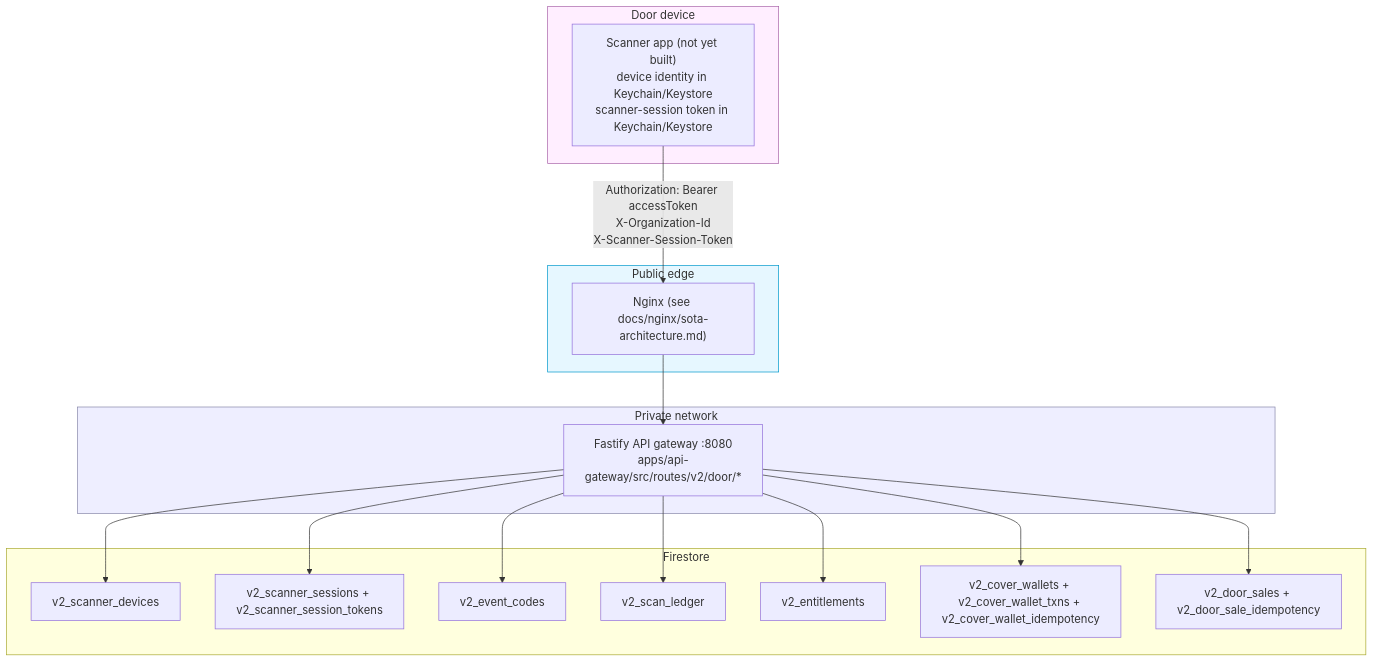
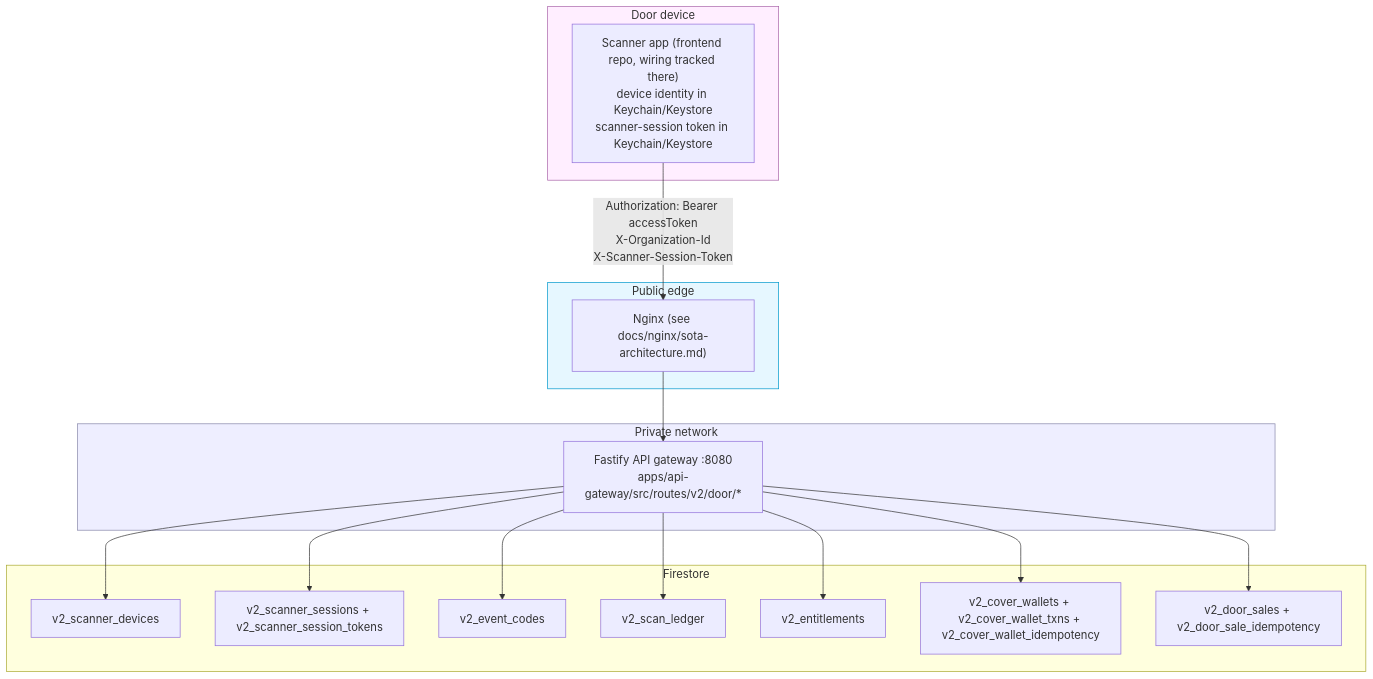
Before and after one commit to thec1rclehost123-cmd/C1RCLE-BACKEND: the first of 12 diagrams in docs/scanner-app/sota-architecture.md, drawn with Mermaid. The commit also changed other lines of this file and 15 other files, not shown here.

Commit message:
docs: align api-contracts, scanner-app, nginx, operations, flows with live routes

````diff
--- a/docs/scanner-app/sota-architecture.md
+++ b/docs/scanner-app/sota-architecture.md
@@ -38,38 +38,38 @@
 ```mermaid
 graph TB
   subgraph Device["Door device"]
-    App["Scanner app (not yet built)<br/>device identity in Keychain/Keystore<br/>scanner-session token in Keychain/Keystore"]
+    App["Scanner app (frontend repo, wiring tracked there)<br/>device identity in Keychain/Keystore<br/>scanner-session token in Keychain/Keystore"]
   end
 
   subgraph Edge["Public edge"]
     Nginx["Nginx (see docs/nginx/sota-architecture.md)"]
   end
 
   subgraph Private["Private network"]
     Fastify["Fastify API gateway :8080<br/>apps/api-gateway/src/routes/v2/door/*"]
   end
 
   subgraph Storage["Firestore"]
     Devices["v2_scanner_devices"]
     Sessions["v2_scanner_sessions + v2_scanner_session_tokens"]
     Codes["v2_event_codes"]
     Ledger["v2_scan_ledger"]
     Entitlements["v2_entitlements"]
     Wallets["v2_cover_wallets + v2_cover_wallet_txns + v2_cover_wallet_idempotency"]
     Sales["v2_door_sales + v2_door_sale_idempotency"]
   end
 
   App -->|"Authorization: Bearer accessToken<br/>X-Organization-Id<br/>X-Scanner-Session-Token"| Nginx
   Nginx --> Fastify
   Fastify --> Devices
   Fastify --> Sessions
   Fastify --> Codes
   Fastify --> Ledger
   Fastify --> Entitlements
   Fastify --> Wallets
   Fastify --> Sales
 
   style Device fill:#fef,stroke:#a6a
   style Edge fill:#e6f7ff,stroke:#09c
   style Private fill:#eef,stroke:#88a
 ```
````
